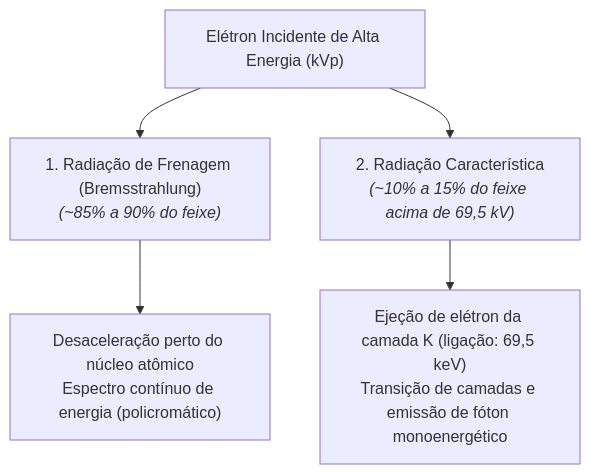
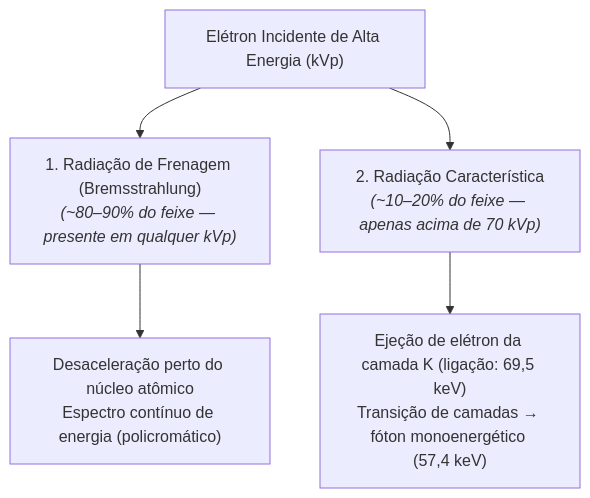
Before and after one commit to HenriqueFreire/henriquefreire.github.io: the third of 4 diagrams in _posts/2026-05-13-uc1-fisica-da-formacao-de-imagem-tubo-de-coolidge-e-efeito-anodico.md, drawn with Mermaid. The commit also changed other lines of this file, not shown here.

Commit message:
fix: corrigir mermaid, percentuais de bremsstrahlung, velocidade eletrons e conclusao ALARA

````diff
--- a/_posts/2026-05-13-uc1-fisica-da-formacao-de-imagem-tubo-de-coolidge-e-efeito-anodico.md
+++ b/_posts/2026-05-13-uc1-fisica-da-formacao-de-imagem-tubo-de-coolidge-e-efeito-anodico.md
@@ -106,8 +102,8 @@
 ```mermaid
 flowchart TD
-    E["Elétron Incidente de Alta Energia (kVp)"] --> B["1. Radiação de Frenagem (Bremsstrahlung)<br/><i>(~85% a 90% do feixe)</i>"]
-    E --> C["2. Radiação Característica<br/><i>(~10% a 15% do feixe acima de 69,5 kV)</i>"]
+    E["Elétron Incidente de Alta Energia (kVp)"] --> B["1. Radiação de Frenagem (Bremsstrahlung)<br/><i>(~80–90% do feixe — presente em qualquer kVp)</i>"]
+    E --> C["2. Radiação Característica<br/><i>(~10–20% do feixe — apenas acima de 70 kVp)</i>"]
 
     B --> B1["Desaceleração perto do núcleo atômico<br/>Espectro contínuo de energia (policromático)"]
-    C --> C1["Ejeção de elétron da camada K (ligação: 69,5 keV)<br/>Transição de camadas e emissão de fóton monoenergético"]
+    C --> C1["Ejeção de elétron da camada K (ligação: 69,5 keV)<br/>Transição de camadas → fóton monoenergético (57,4 keV)"]
 ```
````
